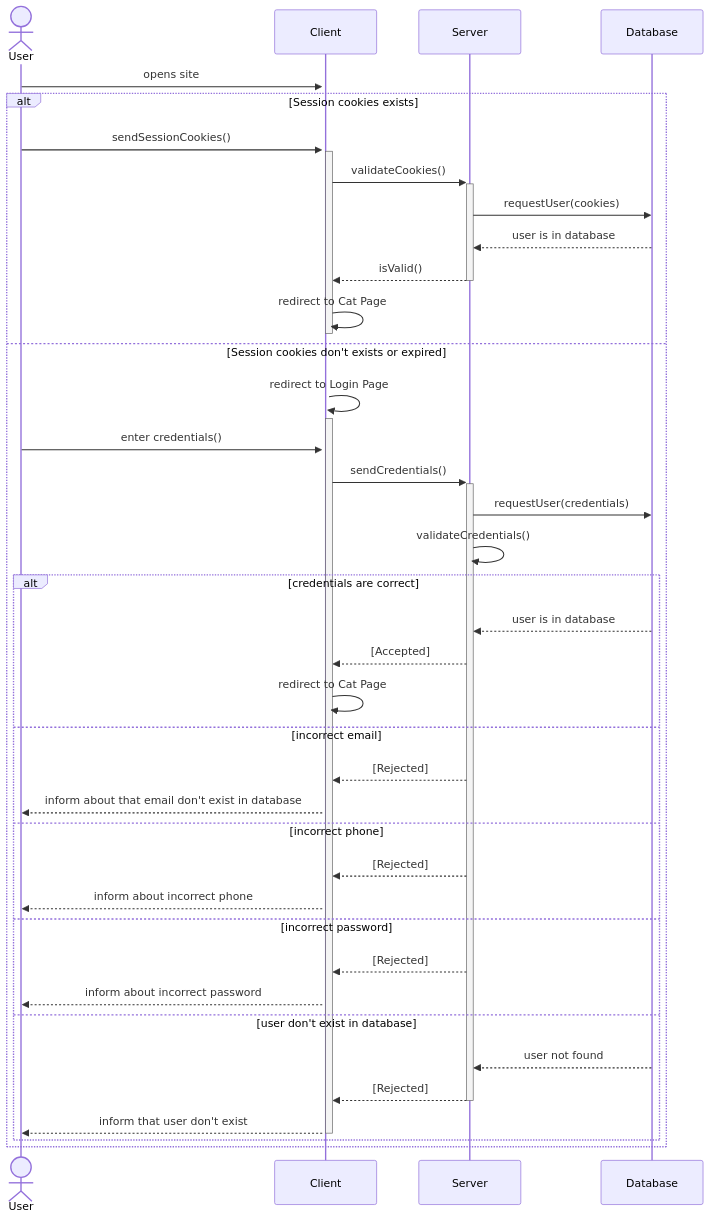
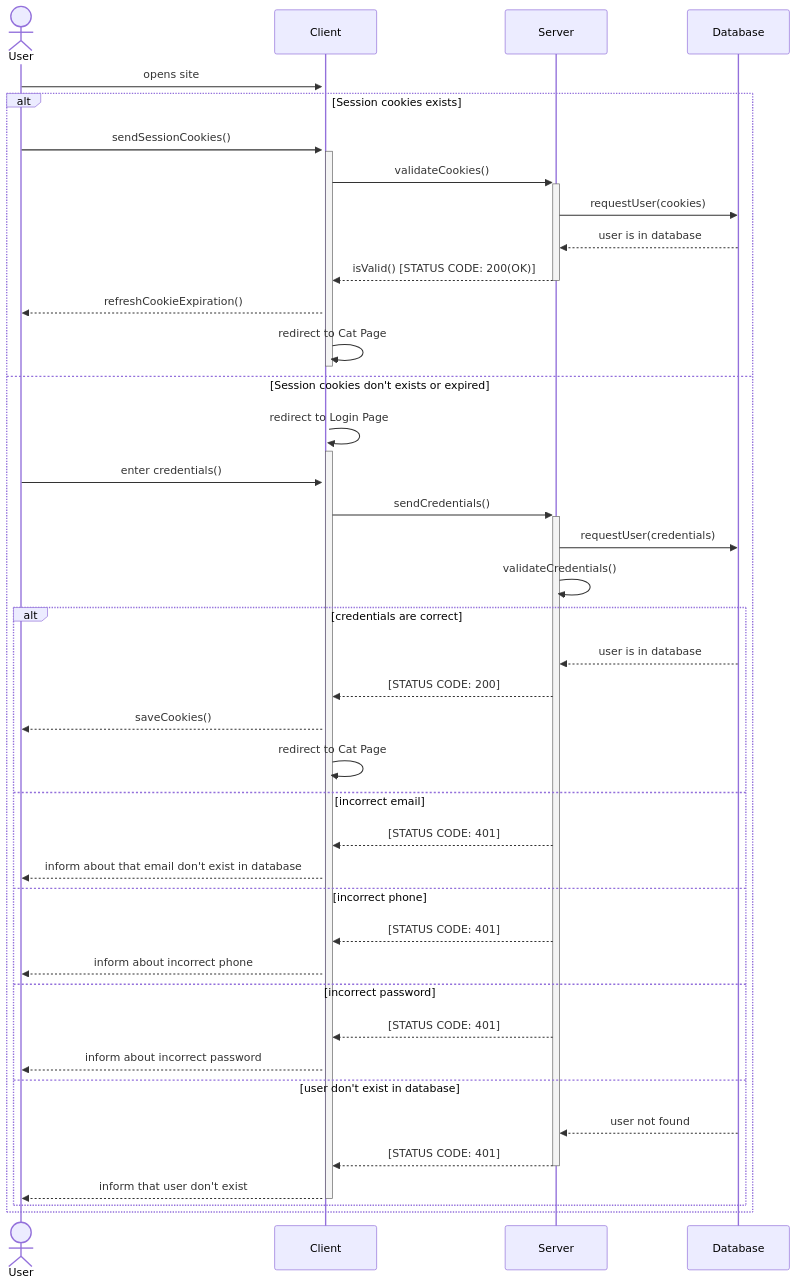
Before and after one commit to ArtDash/belousov_rmr_hw_server: the diagram in SequenceUML_rmr.md, drawn with Mermaid.

Commit message:
Update SequenceUML_rmr.md
Added status codes and cookie save/refresh in sequence

````diff
--- a/SequenceUML_rmr.md
+++ b/SequenceUML_rmr.md
@@ -1,47 +1,48 @@
 ```mermaid
 sequenceDiagram
     actor User;
     participant Client;
     participant Server;
     participant Database;
 
     User->>+Client: opens site;
 
     alt Session cookies exists
         User->>+Client: sendSessionCookies();
 
         Client->>+Server: validateCookies();
         Server->>Database: requestUser(cookies);
         Database-->>Server: user is in database;
-        Server-->>-Client: isValid();
-
+        Server-->>-Client: isValid() [STATUS CODE: 200(OK)];
+        Client-->>User: refreshCookieExpiration();
         Client->>-Client: redirect to Cat Page;
     else Session cookies don't exists or expired
         Client->>+Client: redirect to Login Page;
 
         User->>Client: enter credentials();
         Client->>+Server: sendCredentials();
         Server->>Database: requestUser(credentials);
         Server->>Server: validateCredentials();
 
 
         alt credentials are correct
             Database-->>Server: user is in database;
-            Server-->>Client: [Accepted];
+            Server-->>Client: [STATUS CODE: 200];
+            Client-->>User: saveCookies();
             Client->>Client: redirect to Cat Page
         else incorrect email
-            Server-->>Client: [Rejected];
+            Server-->>Client: [STATUS CODE: 401];
             Client-->>User: inform about that email don't exist in database;
         else incorrect phone
-            Server-->>Client: [Rejected];
+            Server-->>Client: [STATUS CODE: 401];
             Client-->>User: inform about incorrect phone;
         else incorrect password
-            Server-->>Client: [Rejected];
+            Server-->>Client: [STATUS CODE: 401];
             Client-->>User: inform about incorrect password;
         else user don't exist in database
             Database-->>Server: user not found;
-            Server-->>-Client: [Rejected];
+            Server-->>-Client: [STATUS CODE: 401];
             Client-->>-User: inform that user don't exist;
         end
     end
 ```
````
